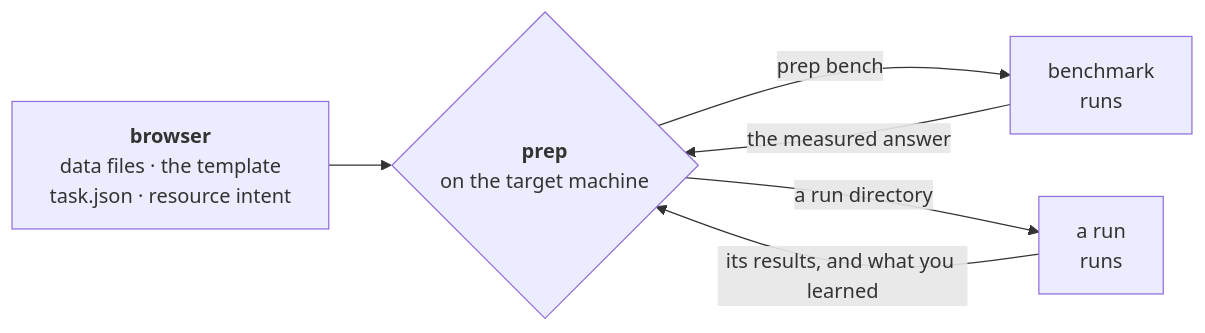
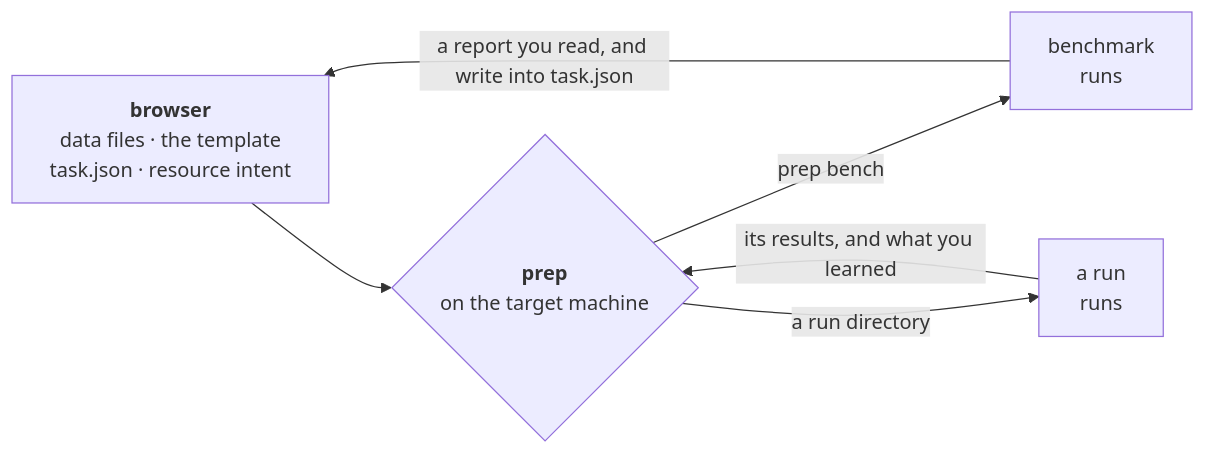
The sixth of 10 diagrams in docs/execution/project-layout.md (Qing-LAB/molbuilder), drawn with Mermaid before and after one commit. The commit also changed other lines of this file and 21 other files, not shown here.

````diff
--- a/docs/execution/project-layout.md
+++ b/docs/execution/project-layout.md
@@ -1082,13 +1085,13 @@
 ```mermaid
 flowchart LR
     UI["<b>browser</b><br/>data files · the template<br/>task.json · resource intent"]
     P{"<b>prep</b><br/>on the target machine"}
     B["benchmark<br/>runs"]
     R["a run<br/>runs"]
 
     UI --> P
     P -->|"prep bench"| B
-    B -->|"the measured answer"| P
+    B -->|"a report you read, and write into task.json"| UI
     P -->|"a run directory"| R
     R -->|"its results, and what you learned"| P
 ```
````
